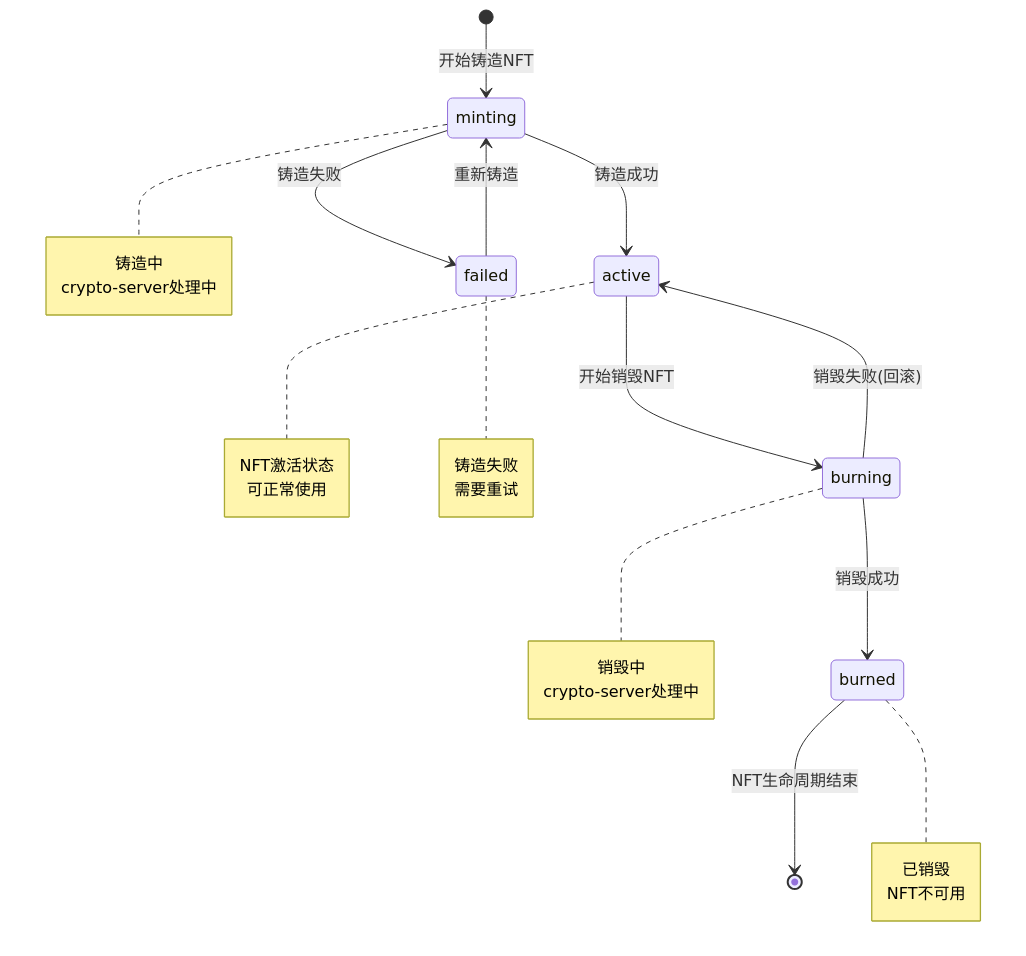
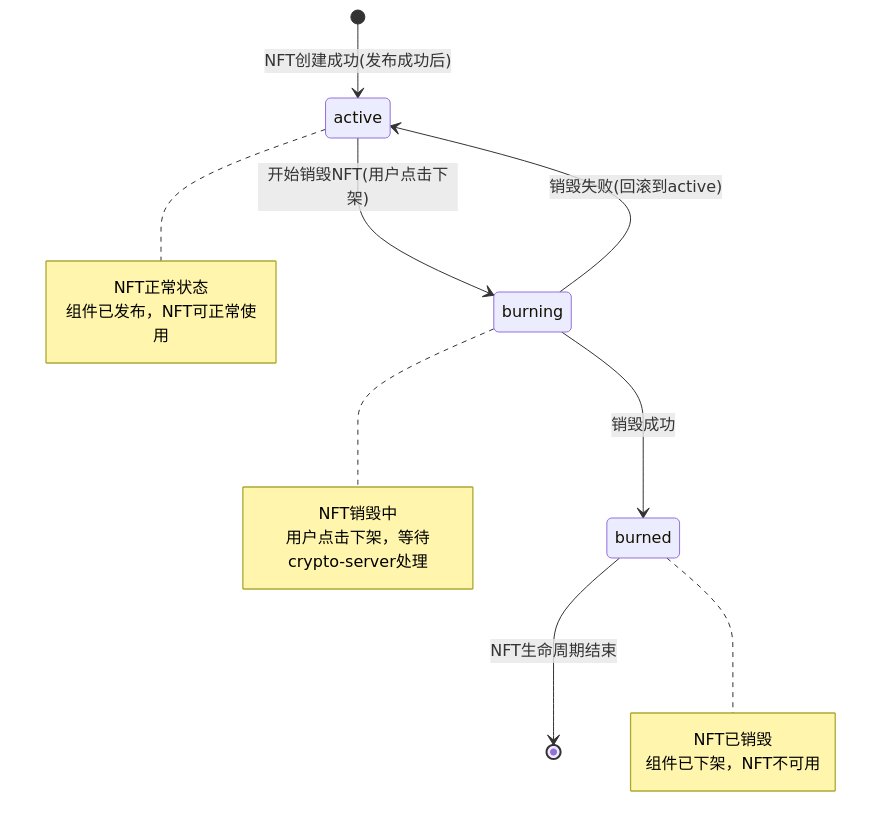
The diagram in all/未命名-76.md (yingjianzh/iodraw-files), drawn with Mermaid before and after one commit.

Commit message:
2025-07-08 11:06:53 update

````diff
--- a/all/未命名-76.md
+++ b/all/未命名-76.md
@@ -1,38 +1,24 @@
 ```mermaid
 stateDiagram-v2
-    [*] --> minting: 开始铸造NFT
-    minting --> active: 铸造成功
-    minting --> failed: 铸造失败
+    [*] --> active: NFT创建成功(发布成功后)
+    active --> burning: 开始销毁NFT(用户点击下架)
+    burning --> burned: 销毁成功
+    burning --> active: 销毁失败(回滚到active)
     
-    active --> burning: 开始销毁NFT
-    burning --> burned: 销毁成功
-    burning --> active: 销毁失败(回滚)
-    
-    failed --> minting: 重新铸造
     burned --> [*]: NFT生命周期结束
     
-    note right of minting
-        铸造中
-        crypto-server处理中
-    end note
-    
     note right of active
-        NFT激活状态
-        可正常使用
+        NFT正常状态
+        组件已发布，NFT可正常使用
     end note
     
     note right of burning
-        销毁中
-        crypto-server处理中
+        NFT销毁中
+        用户点击下架，等待crypto-server处理
     end note
     
     note right of burned
-        已销毁
-        NFT不可用
-    end note
-    
-    note right of failed
-        铸造失败
-        需要重试
+        NFT已销毁
+        组件已下架，NFT不可用
     end note
 ```
````
